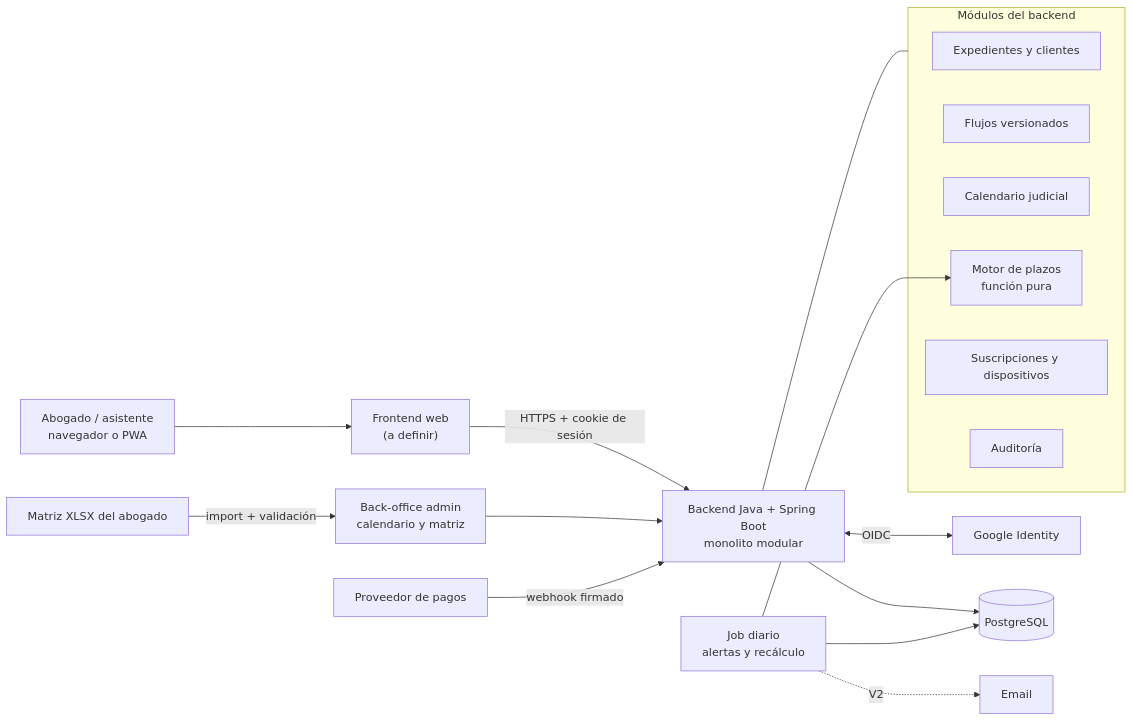
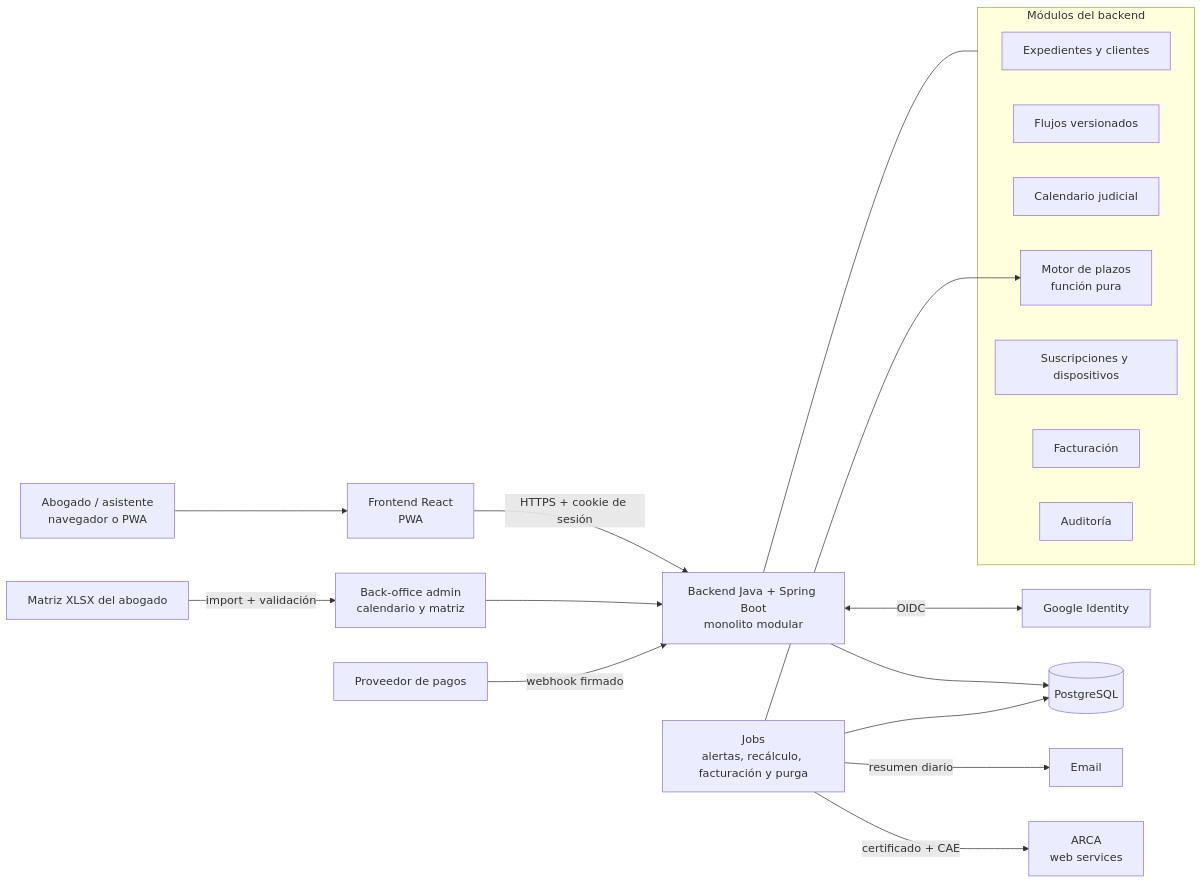
One commit to GerardoSantamaria/doc-legal-practice-management-guide changed the diagram in analisis_y_definiciones_pendientes_v1.md. Above: the diagram before and after it, drawn with Mermaid. The commit also changed other lines of this file and 25 other files, not shown here.

Commit message:
Cierra decisiones pendientes de producto, arquitectura y cumplimiento; agrega el backlog de historias de usuario y el modelado de amenazas; y actualiza el motor de plazos, la UI/UX, la matriz y el diagrama del flujo laboral.

````diff
--- a/analisis_y_definiciones_pendientes_v1.md
+++ b/analisis_y_definiciones_pendientes_v1.md
@@ -155,22 +237,24 @@
 ```mermaid
 flowchart LR
-  U["Abogado / asistente<br/>navegador o PWA"] --> FE["Frontend web<br/>(a definir)"]
+  U["Abogado / asistente<br/>navegador o PWA"] --> FE["Frontend React<br/>PWA"]
   FE -->|"HTTPS + cookie de sesión"| API["Backend Java + Spring Boot<br/>monolito modular"]
   API <-->|"OIDC"| G["Google Identity"]
   subgraph API_MOD["Módulos del backend"]
     EXP["Expedientes y clientes"]
     FLU["Flujos versionados"]
     CAL["Calendario judicial"]
     MOT["Motor de plazos<br/>función pura"]
     SUS["Suscripciones y dispositivos"]
+    FAC["Facturación"]
     AUD["Auditoría"]
   end
   API --- API_MOD
   API --> DB[("PostgreSQL")]
-  JOB["Job diario<br/>alertas y recálculo"] --> MOT
+  JOB["Jobs<br/>alertas, recálculo, facturación y purga"] --> MOT
   JOB --> DB
   ADM["Back-office admin<br/>calendario y matriz"] --> API
   XLSX["Matriz XLSX del abogado"] -->|"import + validación"| ADM
   PAY["Proveedor de pagos"] -->|"webhook firmado"| API
-  JOB -.->|"V2"| MAIL["Email"]
+  JOB -->|"resumen diario"| MAIL["Email"]
+  JOB -->|"certificado + CAE"| ARCA["ARCA<br/>web services"]
 ```
````
